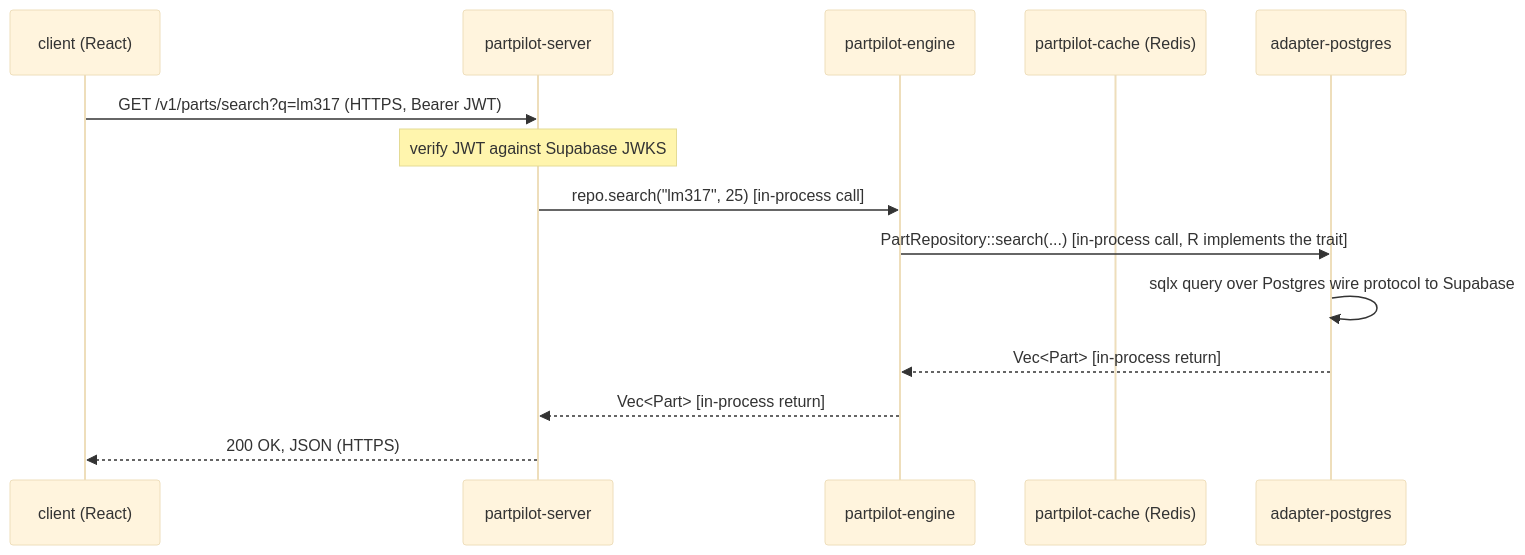
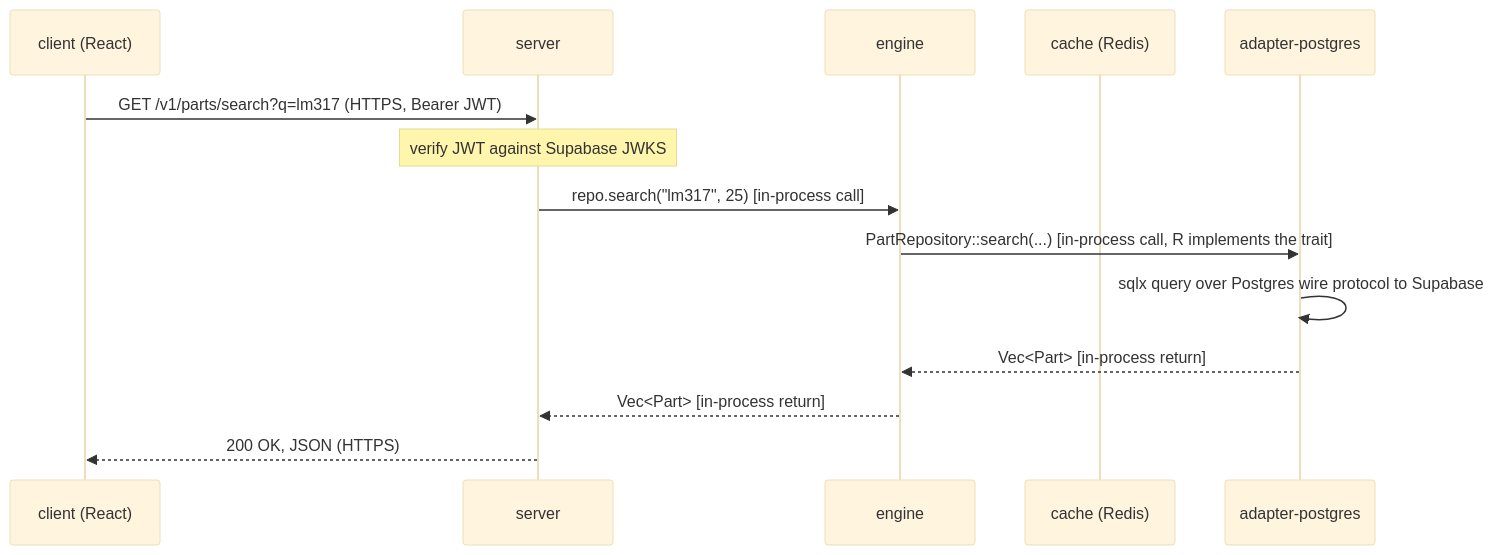
The first of 2 diagrams in docs/partpilot-component-protocols.md (partpilot-in/partpilot), drawn with Mermaid (base theme) before and after one commit. The commit also changed other lines of this file and 201 other files, not shown here.

````diff
--- a/docs/partpilot-component-protocols.md
+++ b/docs/partpilot-component-protocols.md
@@ -109,17 +109,17 @@
 ```mermaid
 sequenceDiagram
     participant C as client (React)
-    participant S as partpilot-server
-    participant E as partpilot-engine
-    participant Cache as partpilot-cache (Redis)
+    participant S as server
+    participant E as engine
+    participant Cache as cache (Redis)
     participant R as adapter-postgres
 
     C->>S: GET /v1/parts/search?q=lm317 (HTTPS, Bearer JWT)
     Note over S: verify JWT against Supabase JWKS
     S->>E: repo.search("lm317", 25)  [in-process call]
     E->>R: PartRepository::search(...)  [in-process call, R implements the trait]
     R->>R: sqlx query over Postgres wire protocol to Supabase
     R-->>E: Vec<Part>  [in-process return]
     E-->>S: Vec<Part>  [in-process return]
     S-->>C: 200 OK, JSON  (HTTPS)
 ```
````
